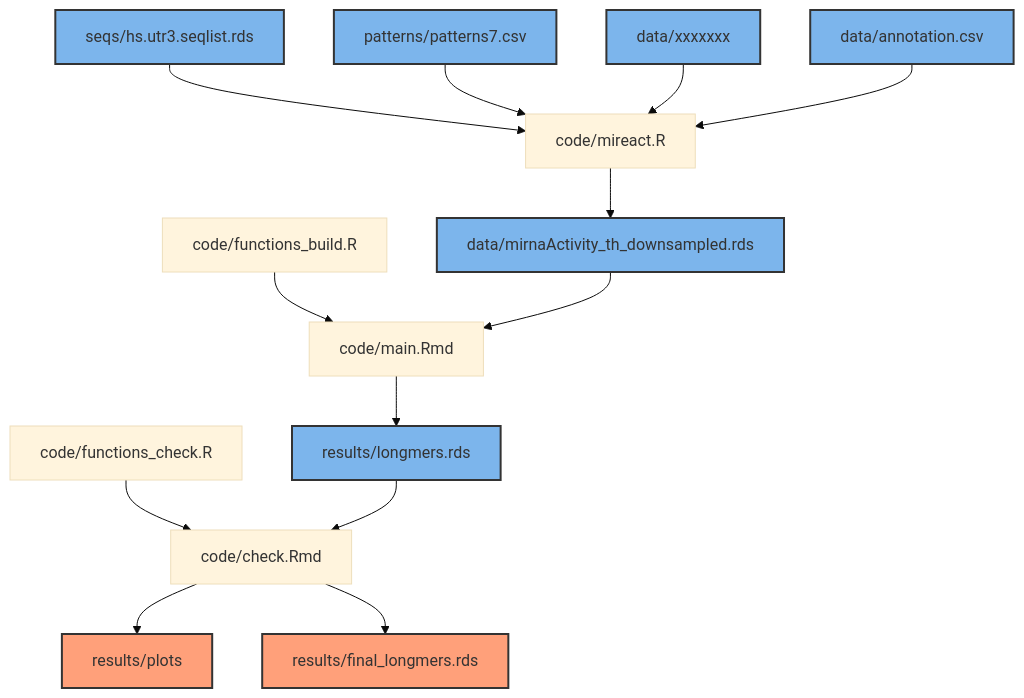
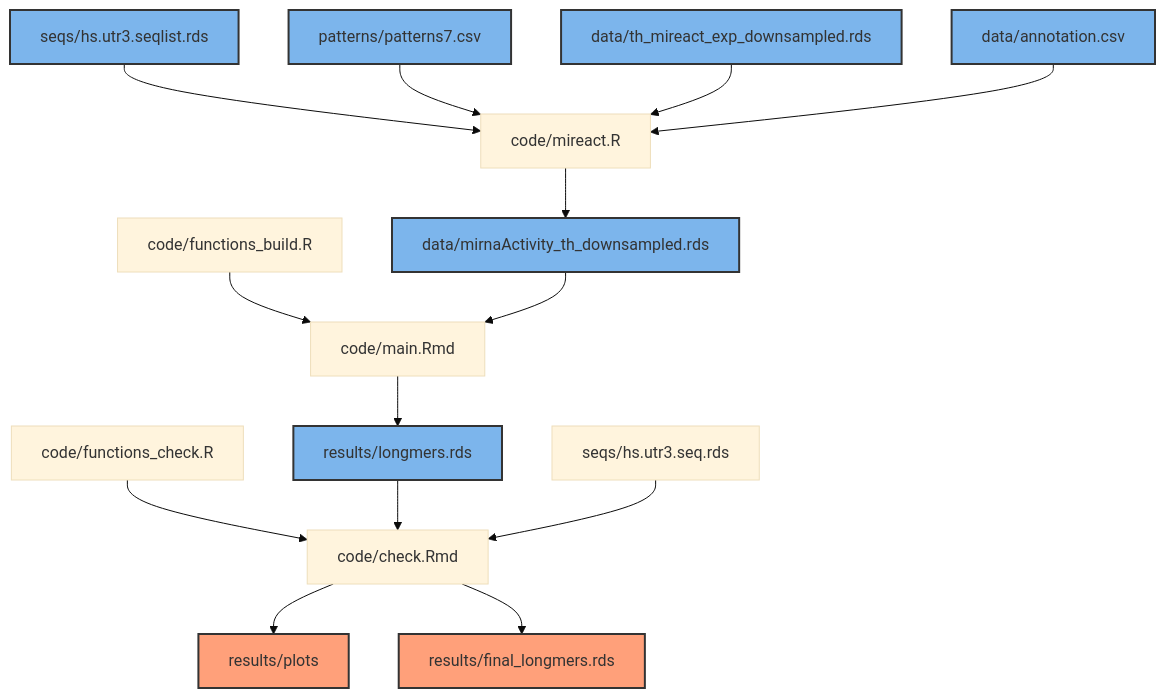
Before and after one commit to PaulaRodrigoMartin/longermer: the diagram in README.md, drawn with Mermaid (base theme).

````diff
--- a/README.md
+++ b/README.md
@@ -4,46 +4,47 @@
 ```mermaid
 graph TD;
     seqlist[seqs/hs.utr3.seqlist.rds]
-    %%seqs[seqs/hs.utr3.seq.rds]
-    mireact_input[data/xxxxxxx]
+    seqs[seqs/hs.utr3.seq.rds]
+    mireact_input[data/th_mireact_exp_downsampled.rds]
     miReact_output[data/mirnaActivity_th_downsampled.rds]
     7mers[patterns/patterns7.csv]
     annotation[data/annotation.csv]
     miReact[code/mireact.R]
     functions[code/functions_build.R]
     functionsc[code/functions_check.R]
     main_notebook[code/main.Rmd]
     check_notebook[code/check.Rmd]
     %%GSEA[code/GSEA.Rmd]
     plots[results/plots]
     longmers[results/longmers.rds]
     finallongmers[results/final_longmers.rds]
     
 
     style seqlist fill:#7cb5ec,stroke:#333,stroke-width:2px;
     style miReact_output fill:#7cb5ec,stroke:#333,stroke-width:2px;
     style 7mers fill:#7cb5ec,stroke:#333,stroke-width:2px;
     style mireact_input fill:#7cb5ec,stroke:#333,stroke-width:2px;
     %%style seqs fill:#7cb5ec,stroke:#333,stroke-width:2px;
     style annotation fill:#7cb5ec,stroke:#333,stroke-width:2px;
     style longmers fill:#7cb5ec,stroke:#333,stroke-width:2px;
     style finallongmers fill:#FFA07A,stroke:#333,stroke-width:2px;
     style plots fill:#FFA07A,stroke:#333,stroke-width:2px;
 
 
     seqlist-->miReact
     7mers-->miReact
     mireact_input-->miReact
     annotation-->miReact
     miReact-->miReact_output
     functions-->main_notebook
     functionsc-->check_notebook
     main_notebook-->longmers
     longmers-->check_notebook
     check_notebook-->plots
     check_notebook-->finallongmers
     %%finallongmers-->GSEA
     %%seqs-->GSEA
     miReact_output-->main_notebook
+    seqs --> check_notebook
 
 ```
````
